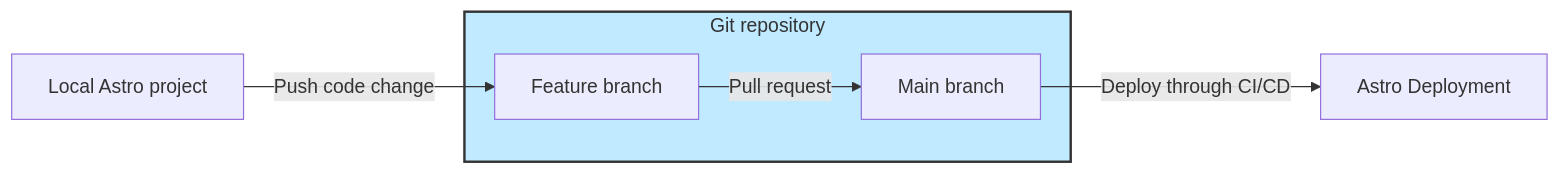
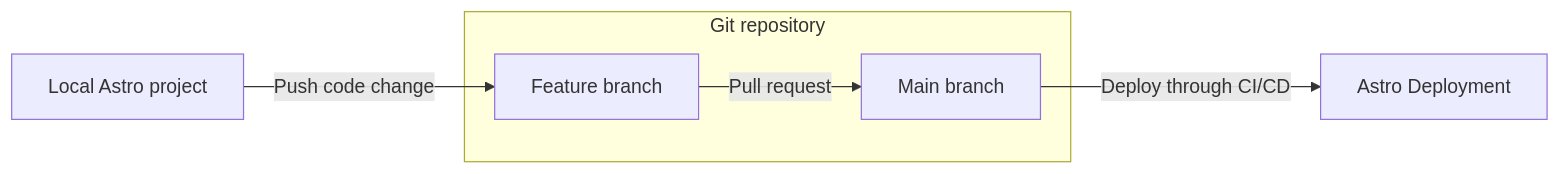
One commit to keu/docs changed the first of 4 diagrams in astro/set-up-ci-cd.md. Above: the diagram before and after it, drawn with Mermaid. The commit also changed other lines of this file, not shown here.

````diff
--- a/astro/set-up-ci-cd.md
+++ b/astro/set-up-ci-cd.md
@@ -63,11 +63,10 @@
 ```mermaid
 flowchart LR;
     classDef subgraph_padding fill:none,stroke:none
     classDef astro fill:#dbcdf6,stroke:#333,stroke-width:2px;
     id1[Local Astro project]-->|Push code change|id2[Feature branch]
     subgraph Git ["Git repository"]
     id2-->|Pull request| id3[Main branch]
     end
     id3-->|Deploy through CI/CD| id4[Astro Deployment]
-    style Git fill:#bfeaff,stroke:#333,stroke-width:2px
 ```
````
